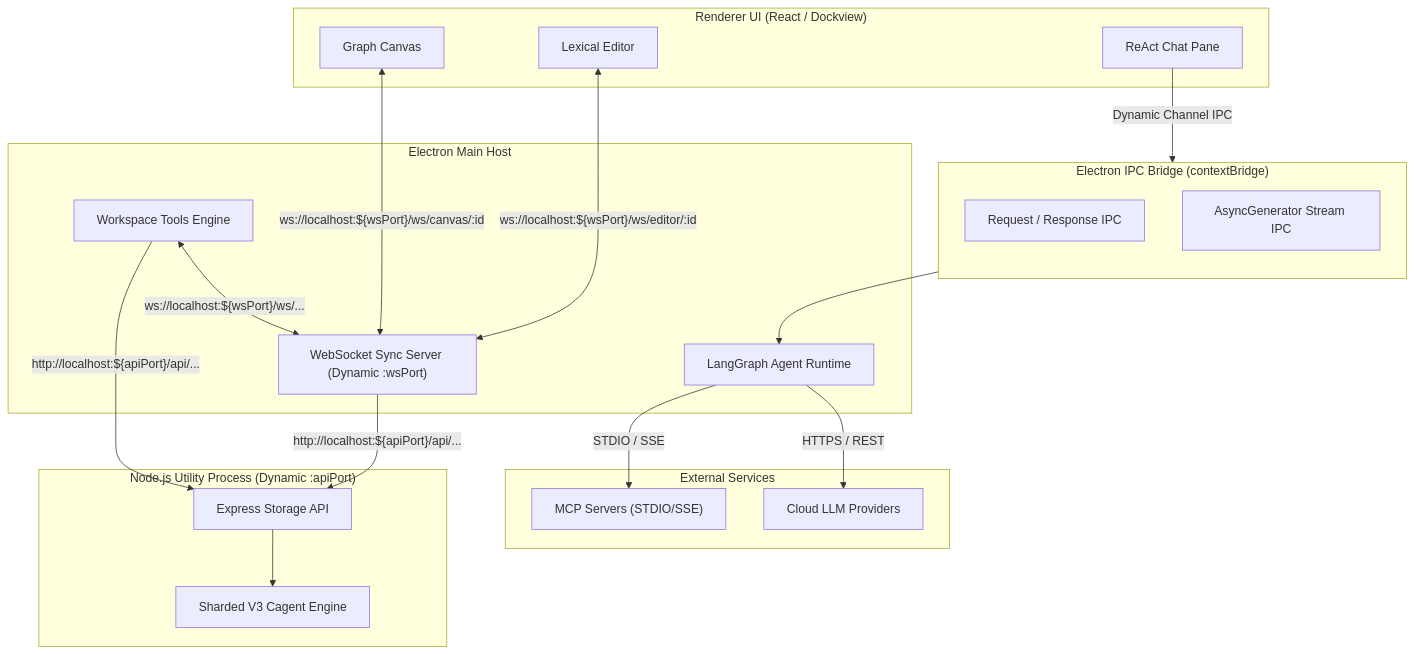
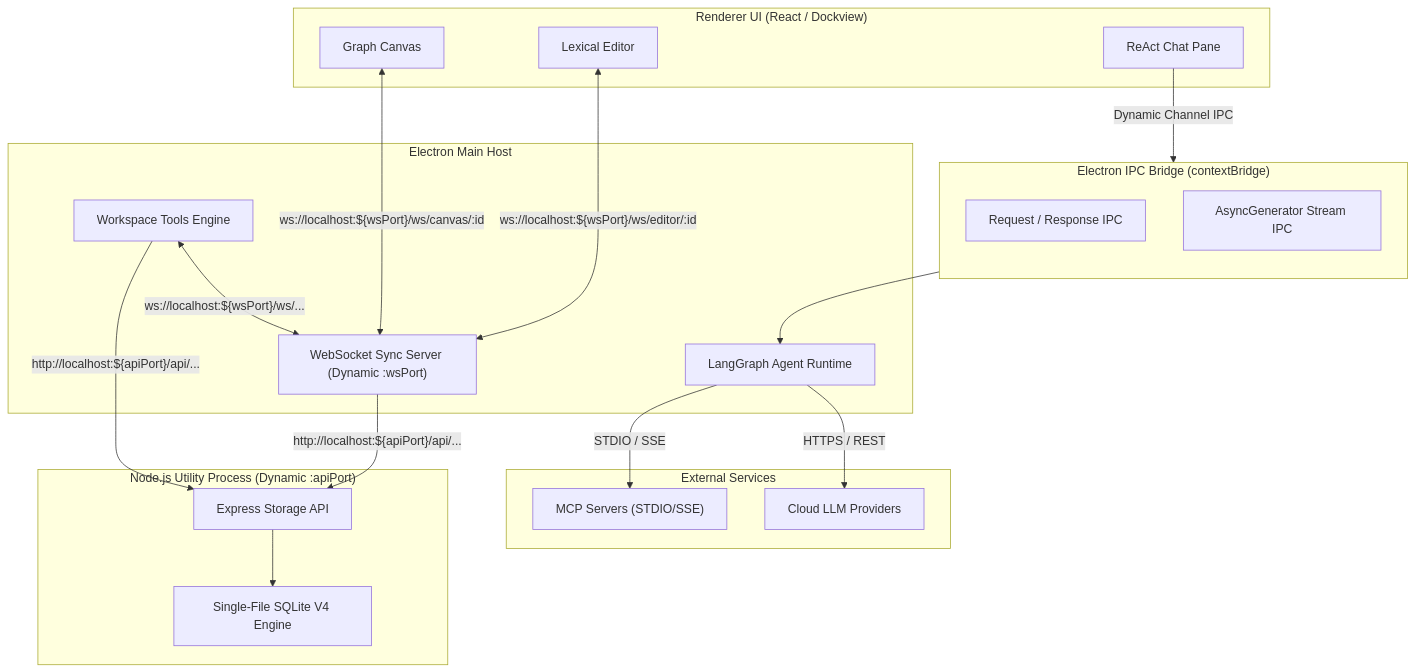
The first of 3 diagrams in docs/design-catalog/api-requirements.md (Goldwaterfung/Collaragent), drawn with Mermaid before and after one commit. The commit also changed other lines of this file and 90 other files, not shown here.

````diff
--- a/docs/design-catalog/api-requirements.md
+++ b/docs/design-catalog/api-requirements.md
@@ -11,42 +11,42 @@
 ```mermaid
 flowchart TB
     subgraph UI ["Renderer UI (React / Dockview)"]
         CanvasUI["Graph Canvas"]
         EditorUI["Lexical Editor"]
         ChatUI["ReAct Chat Pane"]
     end
 
     subgraph IPCBridge ["Electron IPC Bridge (contextBridge)"]
         direction TB
         IPCRequest["Request / Response IPC"]
         IPCStream["AsyncGenerator Stream IPC"]
     end
 
     subgraph MainHost ["Electron Main Host"]
         AgentRuntime["LangGraph Agent Runtime"]
         WorkspaceTools["Workspace Tools Engine"]
         WSServer["WebSocket Sync Server (Dynamic :wsPort)"]
     end
 
     subgraph UtilityProcess ["Node.js Utility Process (Dynamic :apiPort)"]
         RESTServer["Express Storage API"]
-        StorageEngine["Sharded V3 Cagent Engine"]
+        StorageEngine["Single-File SQLite V4 Engine"]
     end
 
     subgraph External ["External Services"]
         LLM["Cloud LLM Providers"]
         MCP["MCP Servers (STDIO/SSE)"]
     end
 
     %% Wiring
     ChatUI -->|"Dynamic Channel IPC"| IPCStream
     IPCStream --> AgentRuntime
     CanvasUI <-->|"ws://localhost:${wsPort}/ws/canvas/:id"| WSServer
     EditorUI <-->|"ws://localhost:${wsPort}/ws/editor/:id"| WSServer
     WorkspaceTools <-->|"ws://localhost:${wsPort}/ws/..."| WSServer
     WorkspaceTools -->|"http://localhost:${apiPort}/api/..."| RESTServer
     WSServer -->|"http://localhost:${apiPort}/api/..."| RESTServer
     RESTServer --> StorageEngine
     AgentRuntime -->|"HTTPS / REST"| LLM
     AgentRuntime -->|"STDIO / SSE"| MCP
 ```
````
